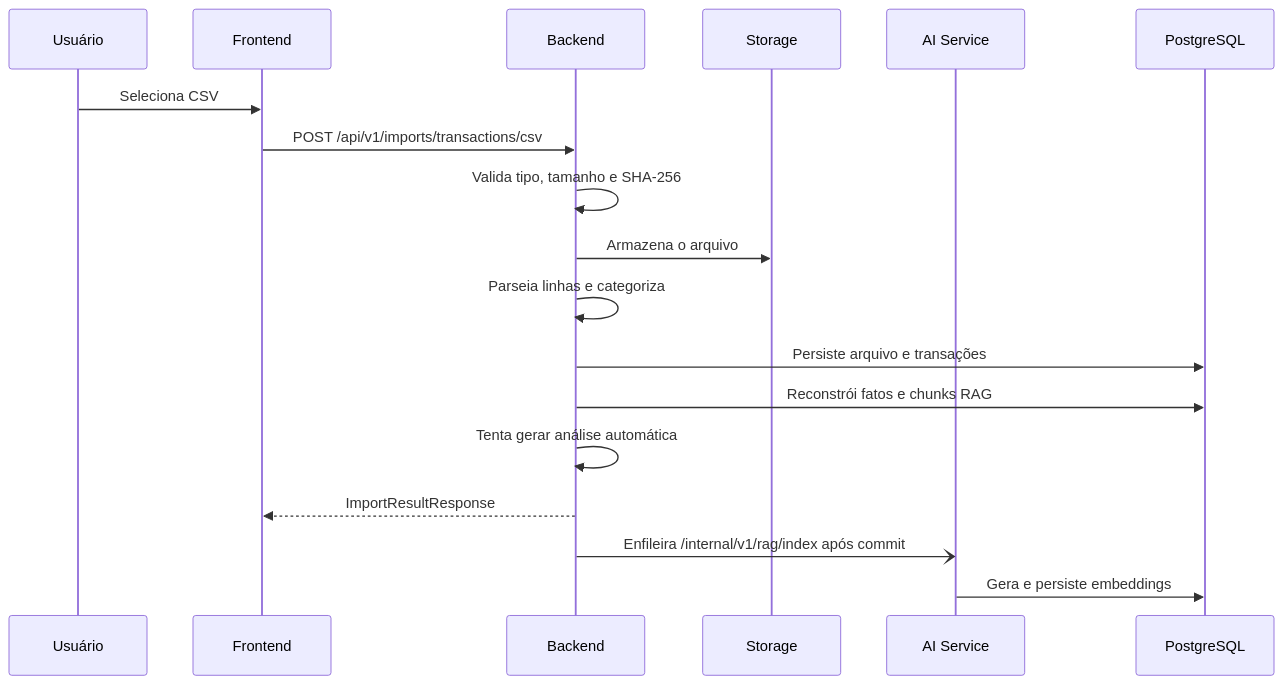
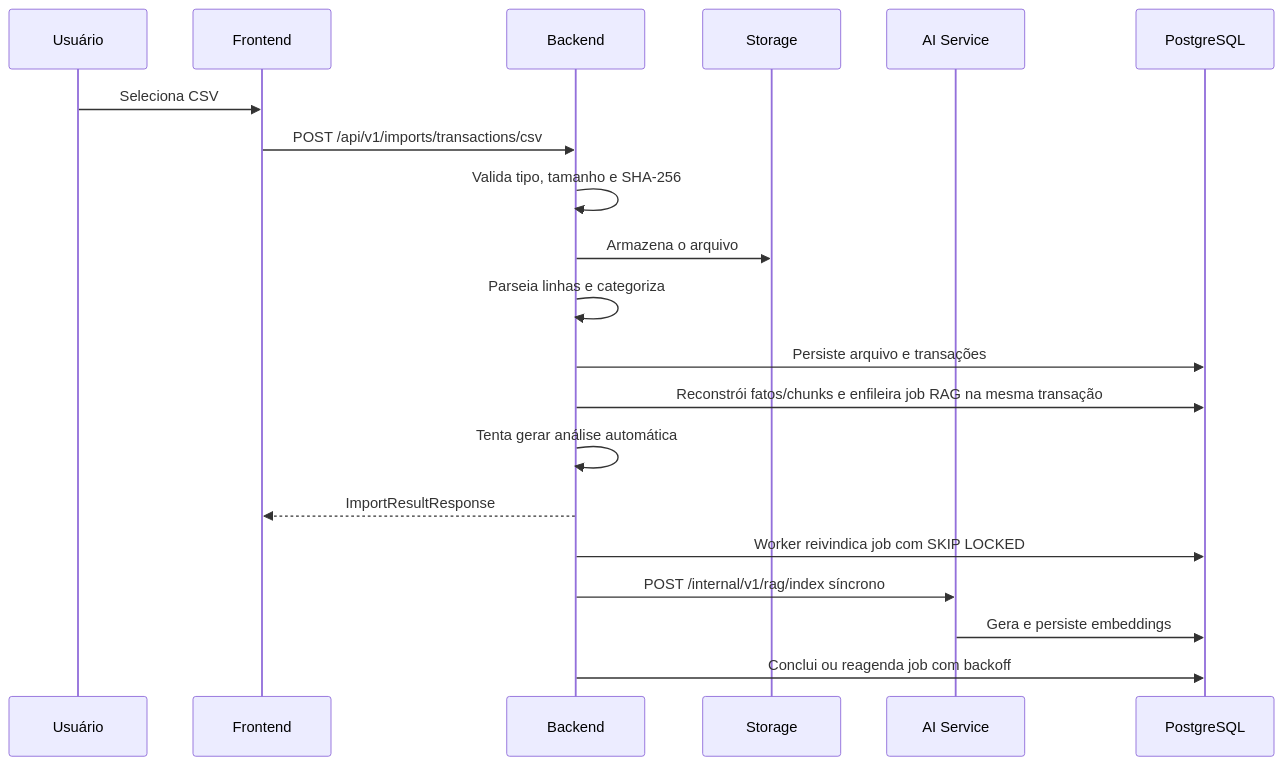
The first of 3 diagrams in docs/architecture.md (No-Country-simulation/G9-BR-Team-17-FinVise), drawn with Mermaid before and after one commit. The commit also changed other lines of this file and 26 other files, not shown here.

````diff
--- a/docs/architecture.md
+++ b/docs/architecture.md
@@ -140,21 +140,23 @@
 ```mermaid
 sequenceDiagram
     participant U as Usuário
     participant F as Frontend
     participant B as Backend
     participant S as Storage
     participant AI as AI Service
     participant DB as PostgreSQL
 
     U->>F: Seleciona CSV
     F->>B: POST /api/v1/imports/transactions/csv
     B->>B: Valida tipo, tamanho e SHA-256
     B->>S: Armazena o arquivo
     B->>B: Parseia linhas e categoriza
     B->>DB: Persiste arquivo e transações
-    B->>DB: Reconstrói fatos e chunks RAG
+    B->>DB: Reconstrói fatos/chunks e enfileira job RAG na mesma transação
     B->>B: Tenta gerar análise automática
     B-->>F: ImportResultResponse
-    B-)AI: Enfileira /internal/v1/rag/index após commit
+    B->>DB: Worker reivindica job com SKIP LOCKED
+    B->>AI: POST /internal/v1/rag/index síncrono
     AI->>DB: Gera e persiste embeddings
+    B->>DB: Conclui ou reagenda job com backoff
 ```
````
